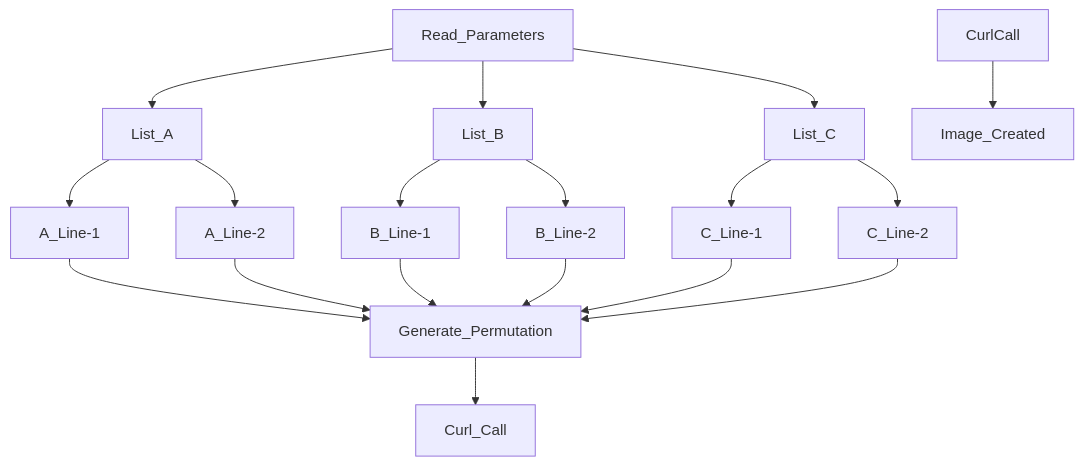
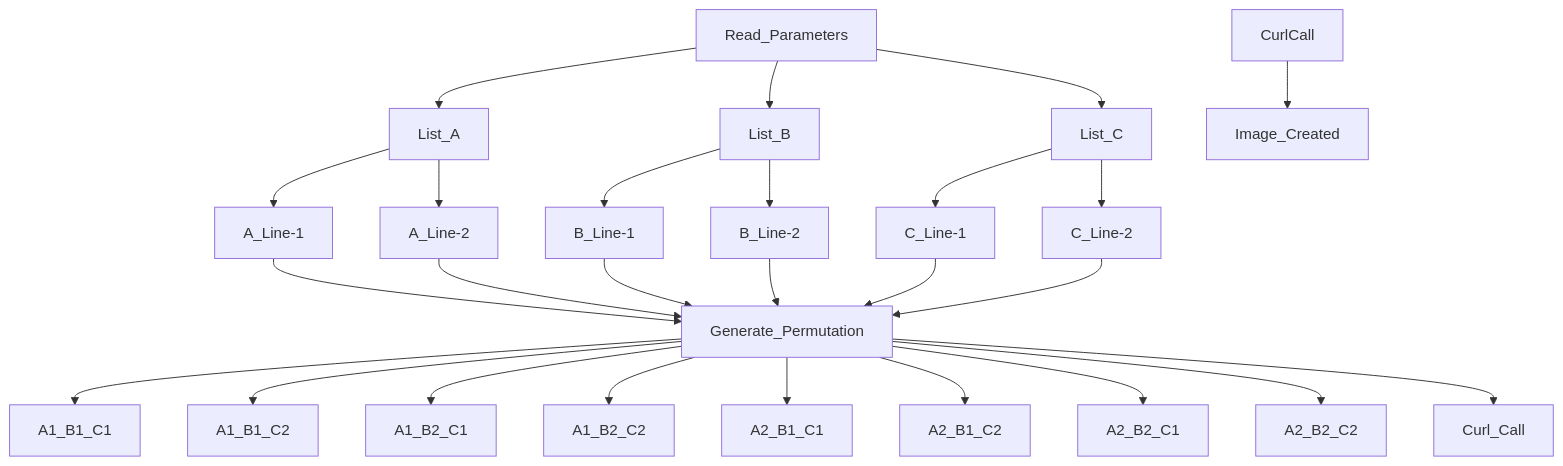
The diagram in README.md (daedon/Fooocus-API-XYZ), drawn with Mermaid before and after one commit.

````diff
--- a/README.md
+++ b/README.md
@@ -144,21 +144,33 @@
 ```mermaid
 graph TD;
     Read_Parameters-->List_A;
     Read_Parameters-->List_B;
     Read_Parameters-->List_C;
     List_A-->A_Line-1;
     List_A-->A_Line-2;
     List_B-->B_Line-1;
     List_B-->B_Line-2;
     List_C-->C_Line-1;
     List_C-->C_Line-2;
 
     A_Line-1-->Generate_Permutation;
     A_Line-2-->Generate_Permutation;
     B_Line-1-->Generate_Permutation;
     B_Line-2-->Generate_Permutation;
     C_Line-1-->Generate_Permutation;
     C_Line-2-->Generate_Permutation;
+
+    Generate_Permutation-->A1_B1_C1
+    Generate_Permutation-->A1_B1_C2
+    Generate_Permutation-->A1_B2_C1
+    Generate_Permutation-->A1_B2_C2
+    Generate_Permutation-->A2_B1_C1
+    Generate_Permutation-->A2_B1_C2
+    Generate_Permutation-->A2_B2_C1
+    Generate_Permutation-->A2_B2_C2
+
     Generate_Permutation-->Curl_Call;
     CurlCall-->Image_Created;
+
+
 ```
````
